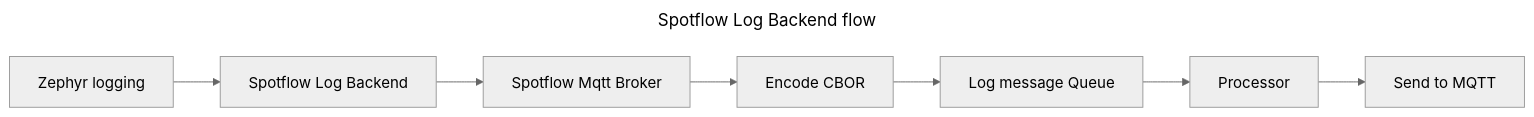
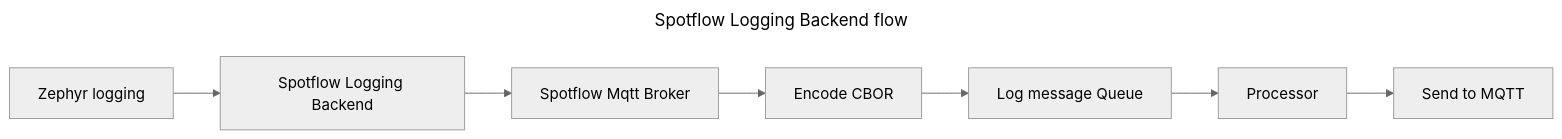
Before and after one commit to spotflow-io/device-sdk: the second of 2 diagrams in README.md, drawn with Mermaid (neutral theme).

````diff
--- a/README.md
+++ b/README.md
@@ -50,12 +50,12 @@
 ```mermaid
 ---
-title: Spotflow Log Backend flow
+title: Spotflow Logging Backend flow
 ---
 flowchart LR
-    A[Zephyr logging] --> B[Spotflow Log Backend]
+    A[Zephyr logging] --> B[Spotflow Logging Backend]
     B --> C[Spotflow Mqtt Broker]
     C --> D[Encode CBOR]
     D --> E[Log message Queue]
     E --> F[Processor]
     F --> G[Send to MQTT]
 ```
````
